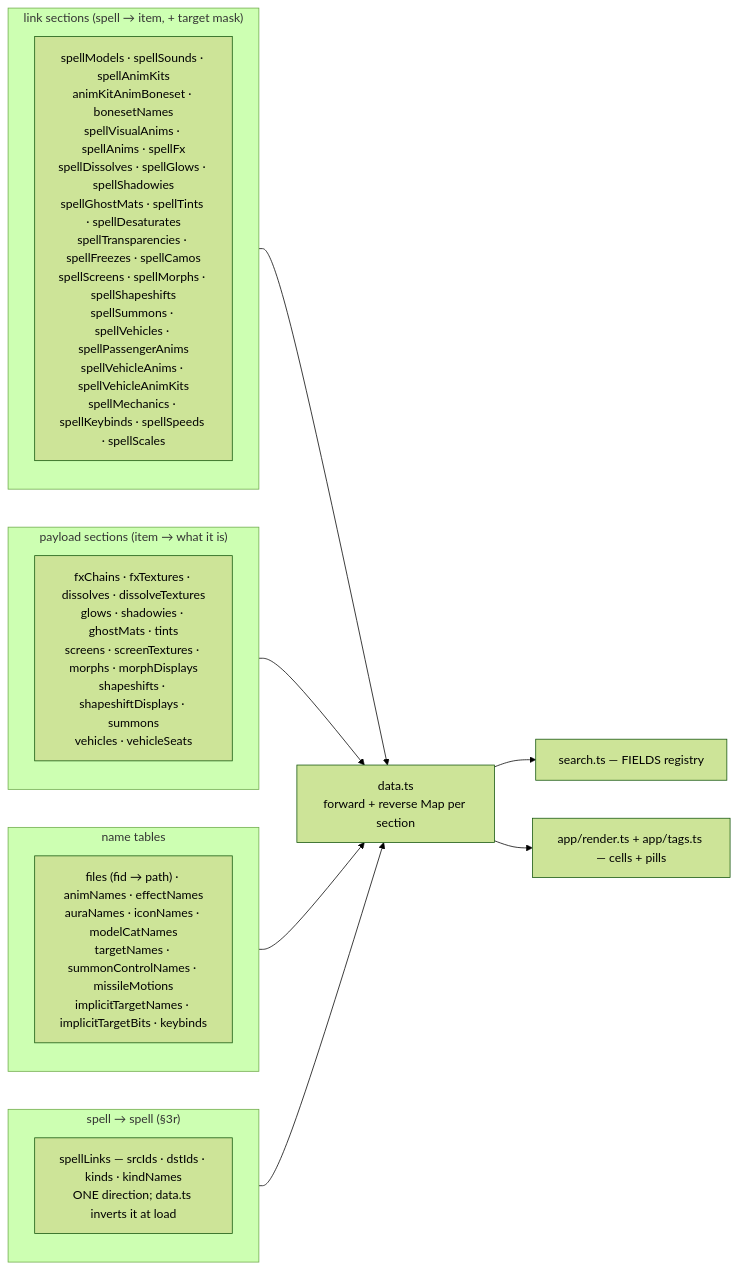
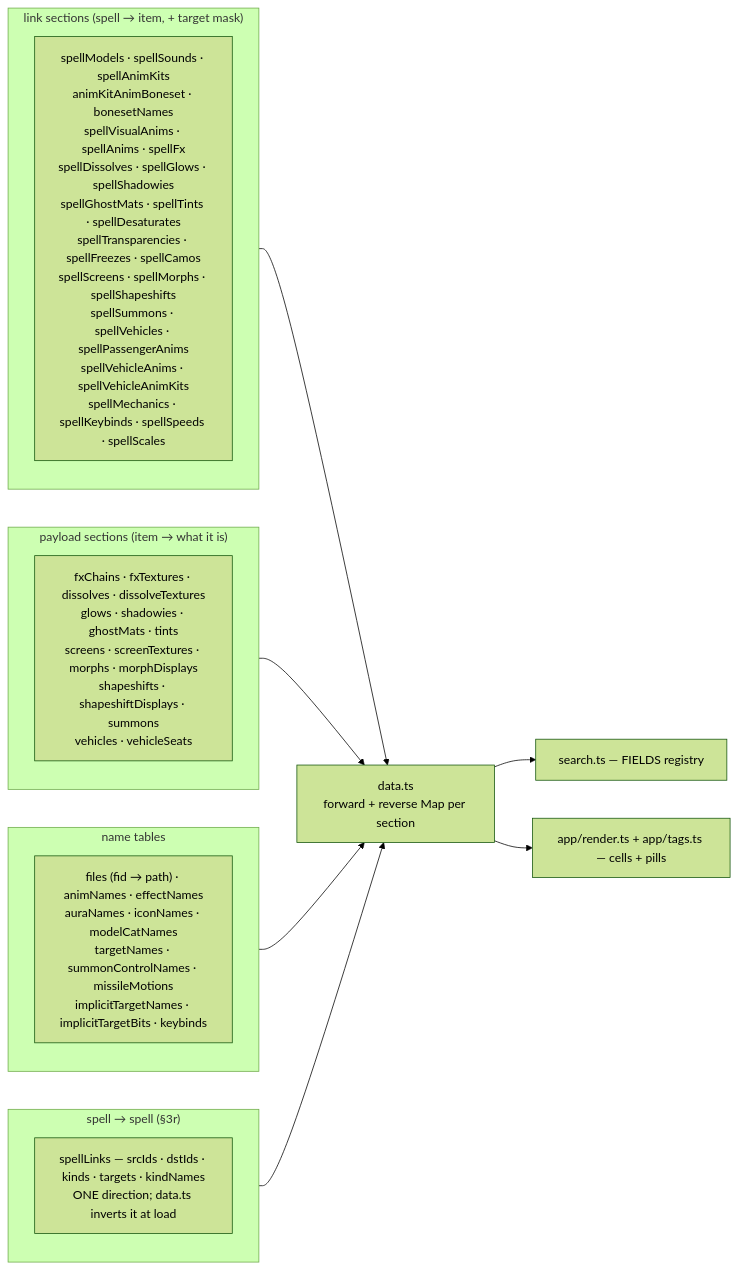
Diagram 20 of 21 in docs/DATA_ROUTES.md (Natans8/Epsilook), drawn with Mermaid (forest theme) before and after one commit. The commit also changed other lines of this file and 24 other files, not shown here.

````diff
--- a/docs/DATA_ROUTES.md
+++ b/docs/DATA_ROUTES.md
@@ -1067,21 +1097,21 @@
 ```mermaid
 flowchart LR
     subgraph LINK["link sections (spell → item, + target mask)"]
         L1["spellModels · spellSounds · spellAnimKits<br/>animKitAnimBoneset · bonesetNames<br/>spellVisualAnims · spellAnims · spellFx<br/>spellDissolves · spellGlows · spellShadowies<br/>spellGhostMats · spellTints · spellDesaturates<br/>spellTransparencies · spellFreezes · spellCamos<br/>spellScreens · spellMorphs · spellShapeshifts<br/>spellSummons · spellVehicles · spellPassengerAnims<br/>spellVehicleAnims · spellVehicleAnimKits<br/>spellMechanics · spellKeybinds · spellSpeeds · spellScales"]
     end
     subgraph SPELL["spell → spell (§3r)"]
-        S1["spellLinks — srcIds · dstIds · kinds · kindNames<br/>ONE direction; data.ts inverts it at load"]
+        S1["spellLinks — srcIds · dstIds · kinds · targets · kindNames<br/>ONE direction; data.ts inverts it at load"]
     end
     subgraph PAY["payload sections (item → what it is)"]
         P1["fxChains · fxTextures · dissolves · dissolveTextures<br/>glows · shadowies · ghostMats · tints<br/>screens · screenTextures · morphs · morphDisplays<br/>shapeshifts · shapeshiftDisplays · summons<br/>vehicles · vehicleSeats"]
     end
     subgraph NAME["name tables"]
         N1["files (fid → path) · animNames · effectNames<br/>auraNames · iconNames · modelCatNames<br/>targetNames · summonControlNames · missileMotions<br/>implicitTargetNames · implicitTargetBits · keybinds"]
     end
     LINK --> IDX["data.ts<br/>forward + reverse Map per section"]
     PAY --> IDX
     NAME --> IDX
     SPELL --> IDX
     IDX --> Q["search.ts — FIELDS registry"]
     IDX --> R["app/render.ts + app/tags.ts — cells + pills"]
 ```
````
